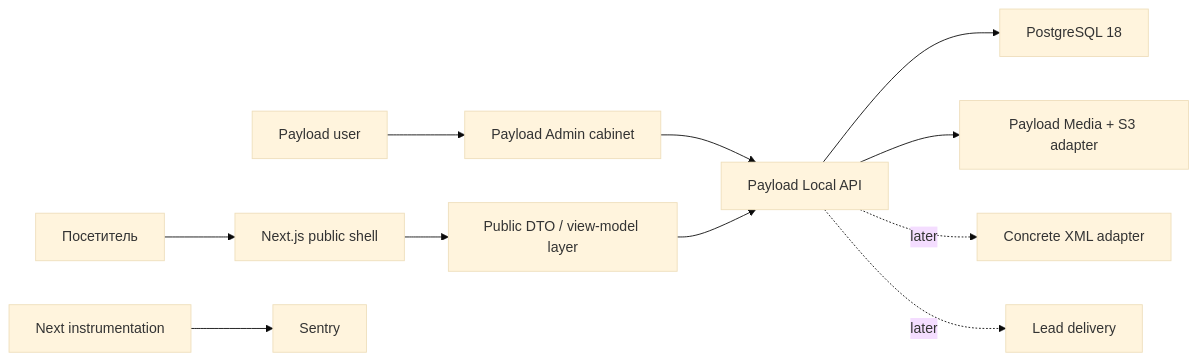
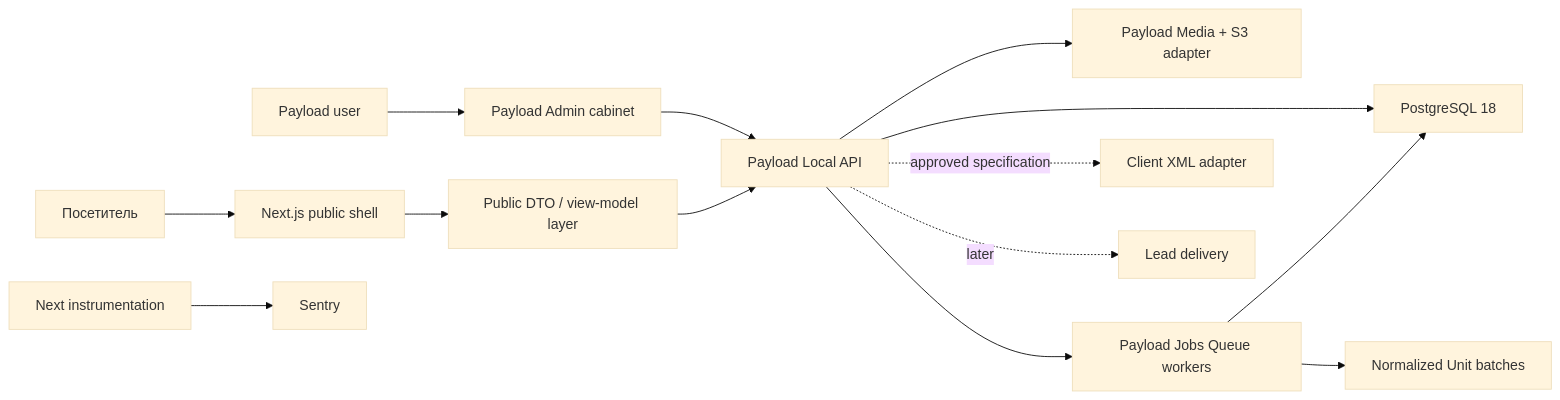
One commit to neyro-level/atlas-realty-starter changed the diagram in docs/ARCHITECTURE.md. Above: the diagram before and after it, drawn with Mermaid (base theme). The commit also changed other lines of this file and 64 other files, not shown here.

````diff
--- a/docs/ARCHITECTURE.md
+++ b/docs/ARCHITECTURE.md
@@ -20,13 +20,16 @@
 ```mermaid
 flowchart LR
     visitor["Посетитель"] --> public["Next.js public shell"]
     editor["Payload user"] --> admin["Payload Admin cabinet"]
     public --> queries["Public DTO / view-model layer"]
     admin --> payload["Payload Local API"]
     queries --> payload
     payload --> db["PostgreSQL 18"]
     payload --> media["Payload Media + S3 adapter"]
-    payload -. later .-> xml["Concrete XML adapter"]
+    payload --> jobs["Payload Jobs Queue workers"]
+    jobs --> db
+    jobs --> normalized["Normalized Unit batches"]
+    payload -. approved specification .-> xml["Client XML adapter"]
     payload -. later .-> crm["Lead delivery"]
     runtime["Next instrumentation"] --> sentry["Sentry"]
 ```
````
